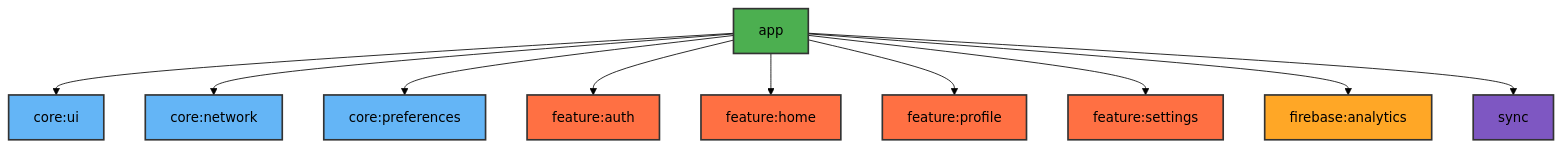
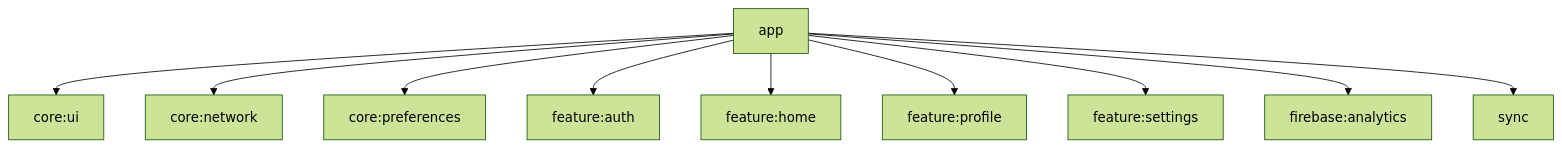
Before and after one commit to atick-faisal/Jetpack-Android-Starter: the diagram in app/README.md, drawn with Mermaid (forest theme). The commit also changed 31 other files, not shown here.

````diff
--- a/app/README.md
+++ b/app/README.md
@@ -7,22 +7,12 @@
 ```mermaid
 graph TD
     A[app] --> B[core:ui]
     A --> C[core:network]
     A --> D[core:preferences]
     A --> E[feature:auth]
     A --> F[feature:home]
     A --> G[feature:profile]
     A --> H[feature:settings]
     A --> I[firebase:analytics]
     A --> J[sync]
-    style A fill: #4CAF50, stroke: #333, stroke-width: 2px
-    style B fill: #64B5F6, stroke: #333, stroke-width: 2px
-    style C fill: #64B5F6, stroke: #333, stroke-width: 2px
-    style D fill: #64B5F6, stroke: #333, stroke-width: 2px
-    style E fill: #FF7043, stroke: #333, stroke-width: 2px
-    style F fill: #FF7043, stroke: #333, stroke-width: 2px
-    style G fill: #FF7043, stroke: #333, stroke-width: 2px
-    style H fill: #FF7043, stroke: #333, stroke-width: 2px
-    style I fill: #FFA726, stroke: #333, stroke-width: 2px
-    style J fill: #7E57C2, stroke: #333, stroke-width: 2px
 ```
````
